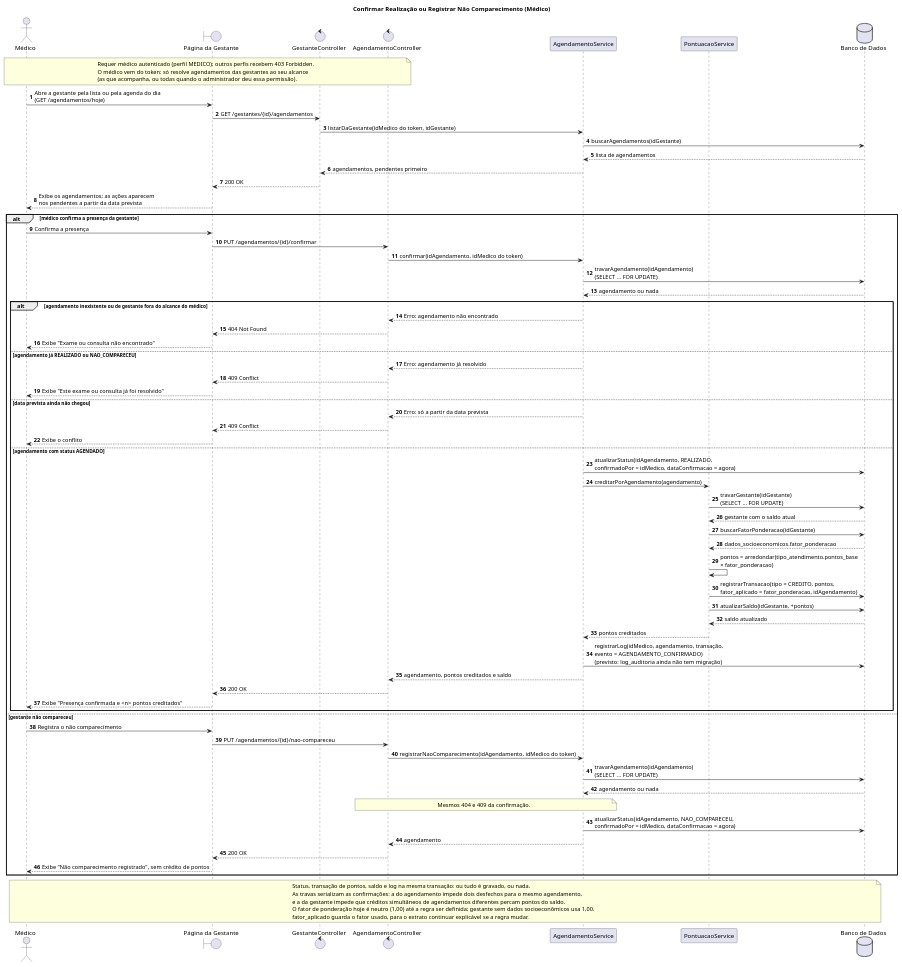
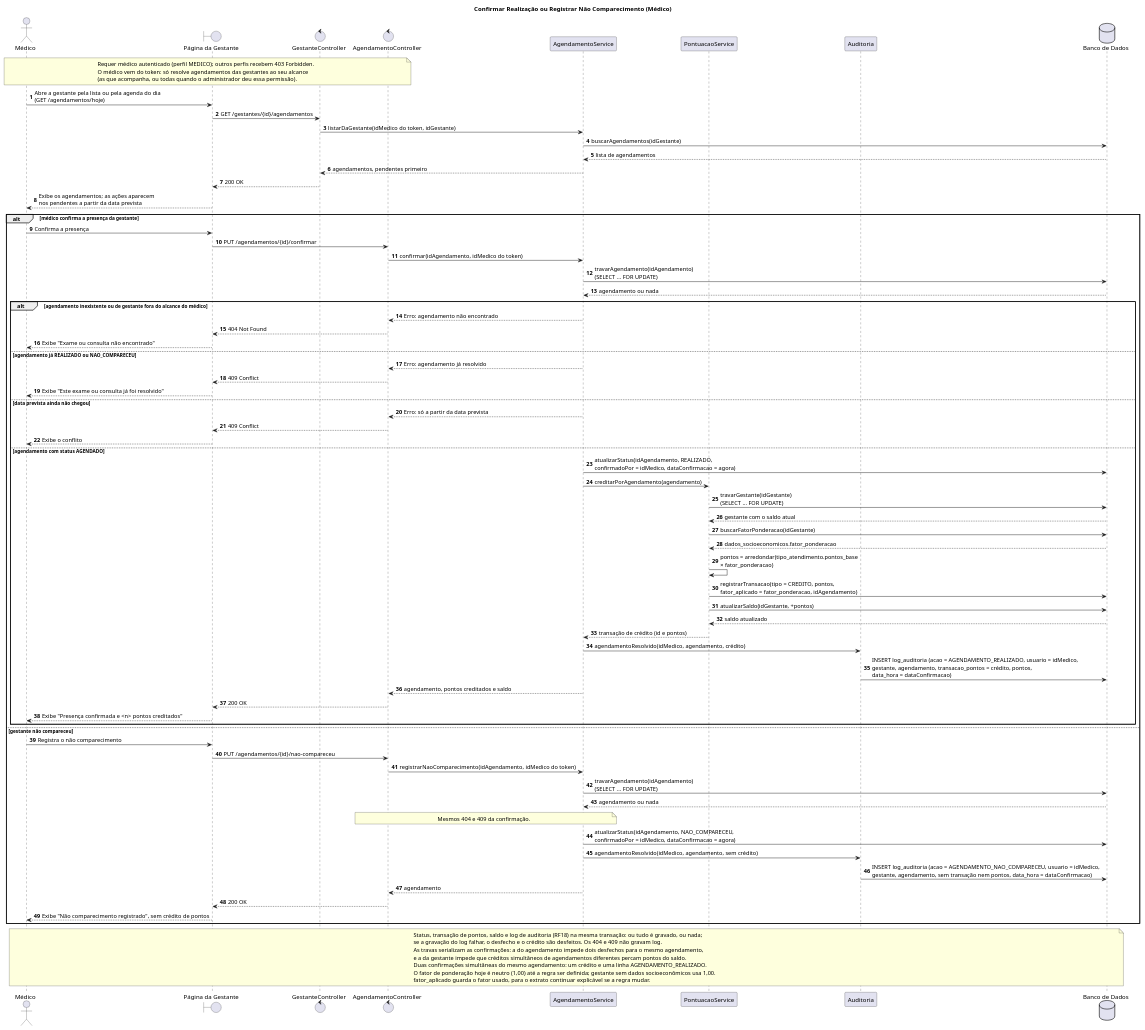
Before and after one commit to CozyShelf/previna-backend: the diagram in docs/sequence-diagrams/confirmar-realizacao-exame/confirmar-realizacao-exame.puml, drawn with PlantUML. The commit also changed 17 other files, not shown here.

Commit message:
docs: log de auditoria no README, nos diagramas de sequência e no modelo lógico

```diff
--- a/docs/sequence-diagrams/confirmar-realizacao-exame/confirmar-realizacao-exame.puml
+++ b/docs/sequence-diagrams/confirmar-realizacao-exame/confirmar-realizacao-exame.puml
@@ -1,87 +1,93 @@
 @startuml confirmar-realizacao-exame
 title Confirmar Realização ou Registrar Não Comparecimento (Médico)
 autonumber
 
 actor "Médico" as Medico
 boundary "Página da Gestante" as Tela
 control "GestanteController" as GestanteController
 control "AgendamentoController" as Controller
 participant "AgendamentoService" as Service
 participant "PontuacaoService" as Pontuacao
+participant "Auditoria" as Auditoria
 database "Banco de Dados" as BD
 
 note over Medico, Controller
     Requer médico autenticado (perfil MEDICO); outros perfis recebem 403 Forbidden.
     O médico vem do token: só resolve agendamentos das gestantes ao seu alcance
     (as que acompanha, ou todas quando o administrador deu essa permissão).
 end note
 
 Medico -> Tela : Abre a gestante pela lista ou pela agenda do dia\n(GET /agendamentos/hoje)
 Tela -> GestanteController : GET /gestantes/{id}/agendamentos
 GestanteController -> Service : listarDaGestante(idMedico do token, idGestante)
 Service -> BD : buscarAgendamentos(idGestante)
 BD --> Service : lista de agendamentos
 Service --> GestanteController : agendamentos, pendentes primeiro
 GestanteController --> Tela : 200 OK
 Tela --> Medico : Exibe os agendamentos; as ações aparecem\nnos pendentes a partir da data prevista
 
 alt médico confirma a presença da gestante
     Medico -> Tela : Confirma a presença
     Tela -> Controller : PUT /agendamentos/{id}/confirmar
     Controller -> Service : confirmar(idAgendamento, idMedico do token)
     Service -> BD : travarAgendamento(idAgendamento)\n(SELECT ... FOR UPDATE)
     BD --> Service : agendamento ou nada
 
     alt agendamento inexistente ou de gestante fora do alcance do médico
         Service --> Controller : Erro: agendamento não encontrado
         Controller --> Tela : 404 Not Found
         Tela --> Medico : Exibe "Exame ou consulta não encontrado"
     else agendamento já REALIZADO ou NAO_COMPARECEU
         Service --> Controller : Erro: agendamento já resolvido
         Controller --> Tela : 409 Conflict
         Tela --> Medico : Exibe "Este exame ou consulta já foi resolvido"
     else data prevista ainda não chegou
         Service --> Controller : Erro: só a partir da data prevista
         Controller --> Tela : 409 Conflict
         Tela --> Medico : Exibe o conflito
     else agendamento com status AGENDADO
         Service -> BD : atualizarStatus(idAgendamento, REALIZADO,\nconfirmadoPor = idMedico, dataConfirmacao = agora)
         Service -> Pontuacao : creditarPorAgendamento(agendamento)
         Pontuacao -> BD : travarGestante(idGestante)\n(SELECT ... FOR UPDATE)
         BD --> Pontuacao : gestante com o saldo atual
         Pontuacao -> BD : buscarFatorPonderacao(idGestante)
         BD --> Pontuacao : dados_socioeconomicos.fator_ponderacao
         Pontuacao -> Pontuacao : pontos = arredondar(tipo_atendimento.pontos_base\n× fator_ponderacao)
         Pontuacao -> BD : registrarTransacao(tipo = CREDITO, pontos,\nfator_aplicado = fator_ponderacao, idAgendamento)
         Pontuacao -> BD : atualizarSaldo(idGestante, +pontos)
         BD --> Pontuacao : saldo atualizado
-        Pontuacao --> Service : pontos creditados
-        Service -> BD : registrarLog(idMedico, agendamento, transação,\nevento = AGENDAMENTO_CONFIRMADO)\n(previsto: log_auditoria ainda não tem migração)
+        Pontuacao --> Service : transação de crédito (id e pontos)
+        Service -> Auditoria : agendamentoResolvido(idMedico, agendamento, crédito)
+        Auditoria -> BD : INSERT log_auditoria (acao = AGENDAMENTO_REALIZADO, usuario = idMedico,\ngestante, agendamento, transacao_pontos = crédito, pontos,\ndata_hora = dataConfirmacao)
         Service --> Controller : agendamento, pontos creditados e saldo
         Controller --> Tela : 200 OK
         Tela --> Medico : Exibe "Presença confirmada e <n> pontos creditados"
     end
 else gestante não compareceu
     Medico -> Tela : Registra o não comparecimento
     Tela -> Controller : PUT /agendamentos/{id}/nao-compareceu
     Controller -> Service : registrarNaoComparecimento(idAgendamento, idMedico do token)
     Service -> BD : travarAgendamento(idAgendamento)\n(SELECT ... FOR UPDATE)
     BD --> Service : agendamento ou nada
     note over Controller, Service
         Mesmos 404 e 409 da confirmação.
     end note
     Service -> BD : atualizarStatus(idAgendamento, NAO_COMPARECEU,\nconfirmadoPor = idMedico, dataConfirmacao = agora)
+    Service -> Auditoria : agendamentoResolvido(idMedico, agendamento, sem crédito)
+    Auditoria -> BD : INSERT log_auditoria (acao = AGENDAMENTO_NAO_COMPARECEU, usuario = idMedico,\ngestante, agendamento, sem transação nem pontos, data_hora = dataConfirmacao)
     Service --> Controller : agendamento
     Controller --> Tela : 200 OK
     Tela --> Medico : Exibe "Não comparecimento registrado", sem crédito de pontos
 end
 
 note over Medico, BD
-    Status, transação de pontos, saldo e log na mesma transação: ou tudo é gravado, ou nada.
+    Status, transação de pontos, saldo e log de auditoria (RF18) na mesma transação: ou tudo é gravado, ou nada;
+    se a gravação do log falhar, o desfecho e o crédito são desfeitos. Os 404 e 409 não gravam log.
     As travas serializam as confirmações: a do agendamento impede dois desfechos para o mesmo agendamento,
     e a da gestante impede que créditos simultâneos de agendamentos diferentes percam pontos do saldo.
+    Duas confirmações simultâneas do mesmo agendamento: um crédito e uma linha AGENDAMENTO_REALIZADO.
     O fator de ponderação hoje é neutro (1,00) até a regra ser definida; gestante sem dados socioeconômicos usa 1,00.
     fator_aplicado guarda o fator usado, para o extrato continuar explicável se a regra mudar.
 end note
 
 @enduml
```
